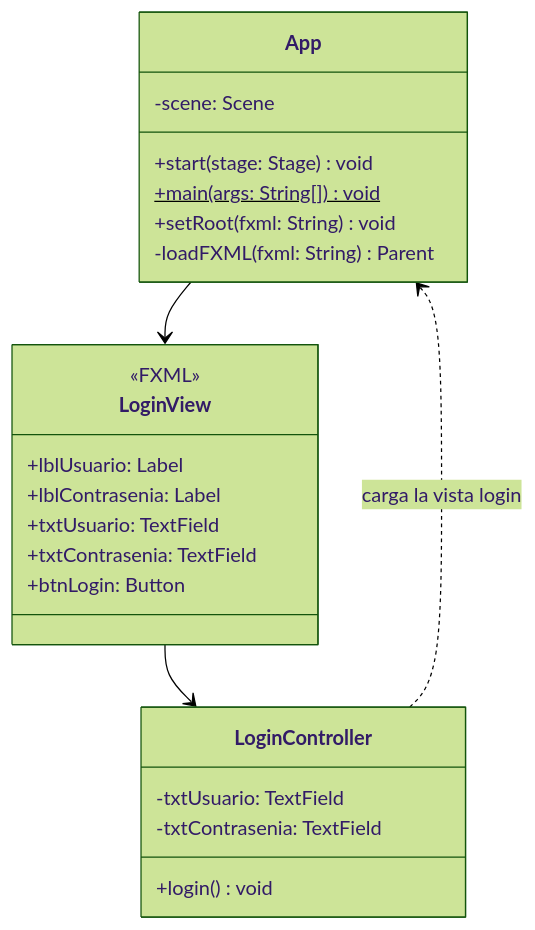
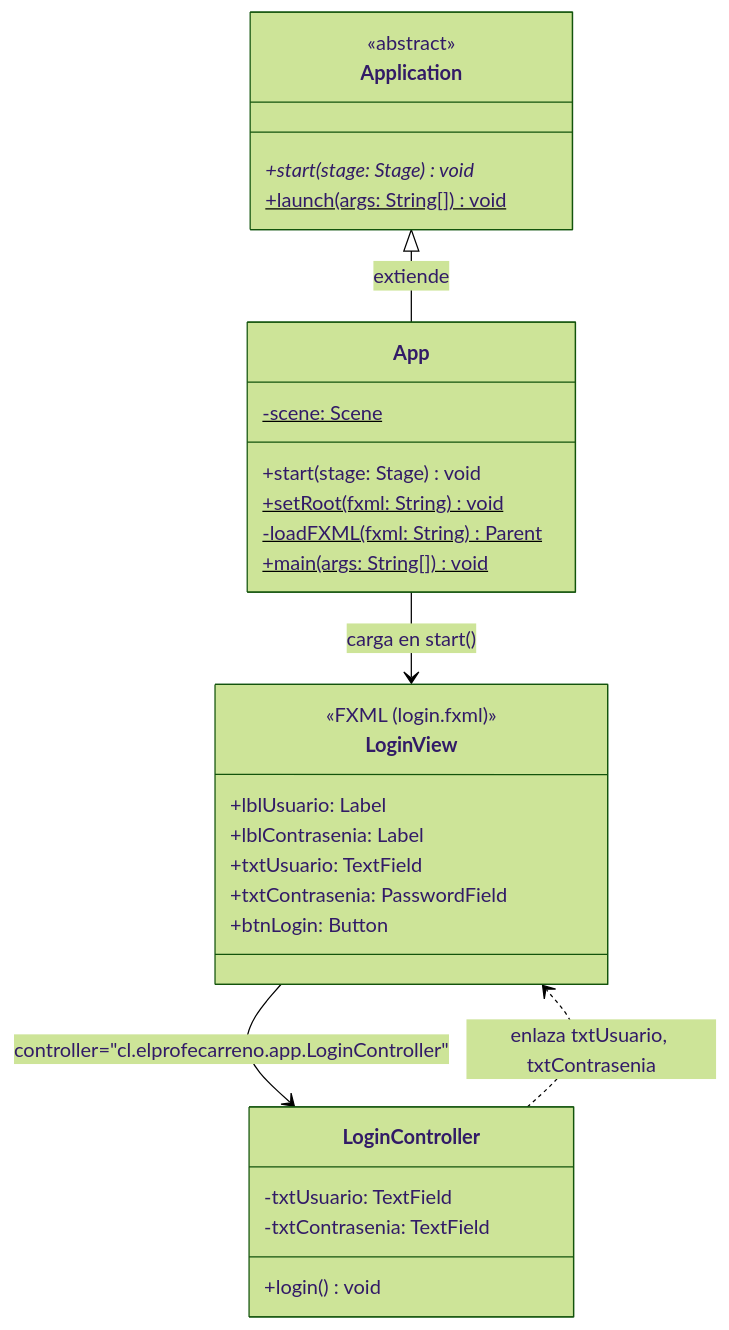
The second of 3 diagrams in 02/README.md (elprofecarreno/poo-javafx), drawn with Mermaid (forest theme) before and after one commit. The commit also changed other lines of this file and 35 other files, not shown here.

````diff
--- a/02/README.md
+++ b/02/README.md
@@ -11,29 +65,36 @@
 ```mermaid
 classDiagram
+    class Application {
+        <<abstract>>
+        +start(stage: Stage)* void
+        +launch(args: String[])$ void
+    }
+
     class App {
-        -scene: Scene
+        -scene: Scene$
         +start(stage: Stage) void
+        +setRoot(fxml: String)$ void
+        -loadFXML(fxml: String)$ Parent
         +main(args: String[])$ void
-        +setRoot(fxml: String) void
-        -loadFXML(fxml: String) Parent
     }
 
     class LoginController {
         -txtUsuario: TextField
         -txtContrasenia: TextField
         +login() void
     }
 
     class LoginView {
-        <<FXML>>
+        <<FXML (login.fxml)>>
         +lblUsuario: Label
         +lblContrasenia: Label
         +txtUsuario: TextField
-        +txtContrasenia: TextField
+        +txtContrasenia: PasswordField
         +btnLogin: Button
     }
 
-    App --> LoginView
-    LoginView --> LoginController
-    LoginController ..> App : carga la vista login
+    Application <|-- App : extiende
+    App --> LoginView : carga en start()
+    LoginView --> LoginController : controller="cl.elprofecarreno.app.LoginController"
+    LoginController ..> LoginView : enlaza txtUsuario, txtContrasenia
 ```
````
